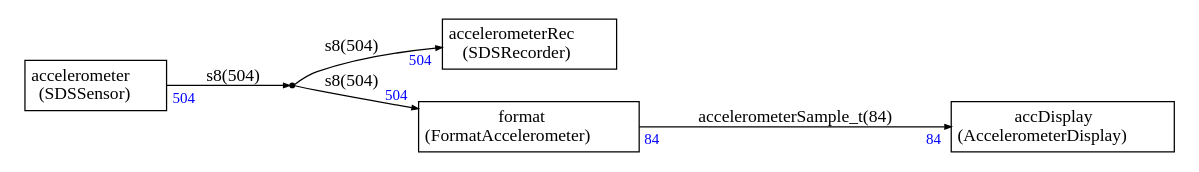
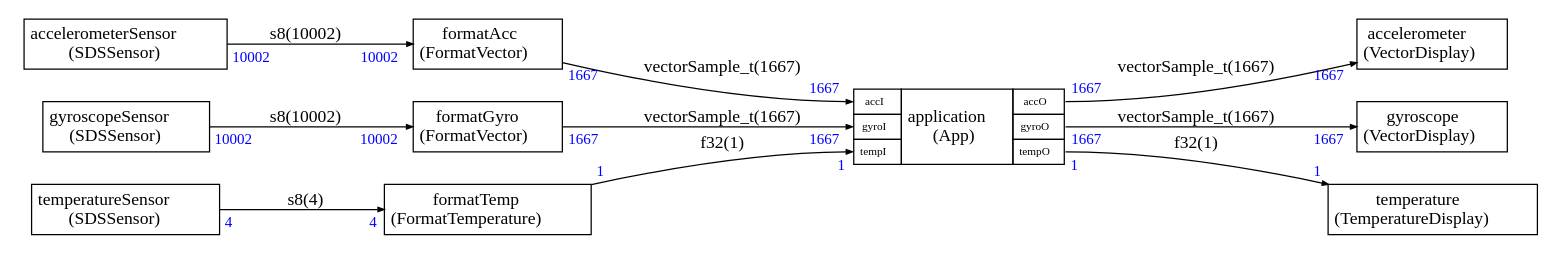
Before and after one commit to christophe0606/SDS-Framework: the diagram in demo/Stream/demo.dot, drawn with Graphviz. The commit also changed 10 other files, not shown here.

```diff
--- a/demo/Stream/demo.dot
+++ b/demo/Stream/demo.dot
@@ -1,69 +1,152 @@
 
 
 
 
 digraph structs {
     node [shape=plaintext]
     rankdir=LR
     edge [arrowsize=0.5]
     fontname="times"
 
 
-accDisplay [label=<
+accelerometer [label=<
 <TABLE BORDER="0" CELLBORDER="1" CELLSPACING="0" CELLPADDING="4">
   <TR>
-    <TD ALIGN="CENTER" PORT="i">accDisplay<BR/>(AccelerometerDisplay)</TD>
+    <TD ALIGN="CENTER" PORT="i">accelerometer<BR/>(VectorDisplay)</TD>
   </TR>
 </TABLE>>];
 
-accelerometer [label=<
+accelerometerSensor [label=<
 <TABLE BORDER="0" CELLBORDER="1" CELLSPACING="0" CELLPADDING="4">
   <TR>
-    <TD ALIGN="CENTER" PORT="i">accelerometer<BR/>(SDSSensor)</TD>
+    <TD ALIGN="CENTER" PORT="i">accelerometerSensor<BR/>(SDSSensor)</TD>
   </TR>
 </TABLE>>];
 
-accelerometerRec [label=<
+
+application [label=<
 <TABLE BORDER="0" CELLBORDER="1" CELLSPACING="0" CELLPADDING="4">
   <TR>
-    <TD ALIGN="CENTER" PORT="i">accelerometerRec<BR/>(SDSRecorder)</TD>
+    <TD PORT="accI"><FONT POINT-SIZE="9.0">accI</FONT></TD>
+    <TD ALIGN="CENTER" ROWSPAN="3">application<BR/>(App)</TD>
+    <TD PORT="accO"><FONT POINT-SIZE="9.0">accO</FONT></TD>
+  </TR>
+<TR>
+<TD PORT="gyroI"><FONT POINT-SIZE="9.0">gyroI</FONT></TD>
+
+<TD PORT="gyroO"><FONT POINT-SIZE="9.0">gyroO</FONT></TD>
+</TR><TR>
+<TD PORT="tempI"><FONT POINT-SIZE="9.0">tempI</FONT></TD>
+
+<TD PORT="tempO"><FONT POINT-SIZE="9.0">tempO</FONT></TD>
+</TR>
+
+</TABLE>>];
+
+formatAcc [label=<
+<TABLE BORDER="0" CELLBORDER="1" CELLSPACING="0" CELLPADDING="4">
+  <TR>
+    <TD ALIGN="CENTER" PORT="i">formatAcc<BR/>(FormatVector)</TD>
   </TR>
 </TABLE>>];
 
-dup0 [shape=point,label=dup0]
-
-format [label=<
+formatGyro [label=<
 <TABLE BORDER="0" CELLBORDER="1" CELLSPACING="0" CELLPADDING="4">
   <TR>
-    <TD ALIGN="CENTER" PORT="i">format<BR/>(FormatAccelerometer)</TD>
+    <TD ALIGN="CENTER" PORT="i">formatGyro<BR/>(FormatVector)</TD>
+  </TR>
+</TABLE>>];
+
+formatTemp [label=<
+<TABLE BORDER="0" CELLBORDER="1" CELLSPACING="0" CELLPADDING="4">
+  <TR>
+    <TD ALIGN="CENTER" PORT="i">formatTemp<BR/>(FormatTemperature)</TD>
+  </TR>
+</TABLE>>];
+
+gyroscope [label=<
+<TABLE BORDER="0" CELLBORDER="1" CELLSPACING="0" CELLPADDING="4">
+  <TR>
+    <TD ALIGN="CENTER" PORT="i">gyroscope<BR/>(VectorDisplay)</TD>
+  </TR>
+</TABLE>>];
+
+gyroscopeSensor [label=<
+<TABLE BORDER="0" CELLBORDER="1" CELLSPACING="0" CELLPADDING="4">
+  <TR>
+    <TD ALIGN="CENTER" PORT="i">gyroscopeSensor<BR/>(SDSSensor)</TD>
+  </TR>
+</TABLE>>];
+
+temperature [label=<
+<TABLE BORDER="0" CELLBORDER="1" CELLSPACING="0" CELLPADDING="4">
+  <TR>
+    <TD ALIGN="CENTER" PORT="i">temperature<BR/>(TemperatureDisplay)</TD>
+  </TR>
+</TABLE>>];
+
+temperatureSensor [label=<
+<TABLE BORDER="0" CELLBORDER="1" CELLSPACING="0" CELLPADDING="4">
+  <TR>
+    <TD ALIGN="CENTER" PORT="i">temperatureSensor<BR/>(SDSSensor)</TD>
   </TR>
 </TABLE>>];
 
 
 
-format:i -> accDisplay:i [label="accelerometerSample_t(84)"
-,headlabel=<<TABLE BORDER="0" CELLPADDING="2"><TR><TD><FONT COLOR="blue" POINT-SIZE="12.0" >84</FONT>
+accelerometerSensor:i -> formatAcc:i [label="s8(10002)"
+,headlabel=<<TABLE BORDER="0" CELLPADDING="2"><TR><TD><FONT COLOR="blue" POINT-SIZE="12.0" >10002</FONT>
 </TD></TR></TABLE>>
-,taillabel=<<TABLE BORDER="0" CELLPADDING="2"><TR><TD><FONT COLOR="blue" POINT-SIZE="12.0" >84</FONT>
+,taillabel=<<TABLE BORDER="0" CELLPADDING="2"><TR><TD><FONT COLOR="blue" POINT-SIZE="12.0" >10002</FONT>
 </TD></TR></TABLE>>]
 
-accelerometer:i ->  
-dup0 [label="s8(504)"
-
-,taillabel=<<TABLE BORDER="0" CELLPADDING="2"><TR><TD><FONT COLOR="blue" POINT-SIZE="12.0" >504</FONT>
+gyroscopeSensor:i -> formatGyro:i [label="s8(10002)"
+,headlabel=<<TABLE BORDER="0" CELLPADDING="2"><TR><TD><FONT COLOR="blue" POINT-SIZE="12.0" >10002</FONT>
+</TD></TR></TABLE>>
+,taillabel=<<TABLE BORDER="0" CELLPADDING="2"><TR><TD><FONT COLOR="blue" POINT-SIZE="12.0" >10002</FONT>
 </TD></TR></TABLE>>]
 
- 
-dup0 -> format:i [label="s8(504)"
-,headlabel=<<TABLE BORDER="0" CELLPADDING="2"><TR><TD><FONT COLOR="blue" POINT-SIZE="12.0" >504</FONT>
+temperatureSensor:i -> formatTemp:i [label="s8(4)"
+,headlabel=<<TABLE BORDER="0" CELLPADDING="2"><TR><TD><FONT COLOR="blue" POINT-SIZE="12.0" >4</FONT>
 </TD></TR></TABLE>>
-]
+,taillabel=<<TABLE BORDER="0" CELLPADDING="2"><TR><TD><FONT COLOR="blue" POINT-SIZE="12.0" >4</FONT>
+</TD></TR></TABLE>>]
 
- 
-dup0 -> accelerometerRec:i [label="s8(504)"
-,headlabel=<<TABLE BORDER="0" CELLPADDING="2"><TR><TD><FONT COLOR="blue" POINT-SIZE="12.0" >504</FONT>
+formatAcc:i -> application:accI [label="vectorSample_t(1667)"
+,headlabel=<<TABLE BORDER="0" CELLPADDING="2"><TR><TD><FONT COLOR="blue" POINT-SIZE="12.0" >1667</FONT>
 </TD></TR></TABLE>>
-]
+,taillabel=<<TABLE BORDER="0" CELLPADDING="2"><TR><TD><FONT COLOR="blue" POINT-SIZE="12.0" >1667</FONT>
+</TD></TR></TABLE>>]
+
+formatGyro:i -> application:gyroI [label="vectorSample_t(1667)"
+,headlabel=<<TABLE BORDER="0" CELLPADDING="2"><TR><TD><FONT COLOR="blue" POINT-SIZE="12.0" >1667</FONT>
+</TD></TR></TABLE>>
+,taillabel=<<TABLE BORDER="0" CELLPADDING="2"><TR><TD><FONT COLOR="blue" POINT-SIZE="12.0" >1667</FONT>
+</TD></TR></TABLE>>]
+
+formatTemp:i -> application:tempI [label="f32(1)"
+,headlabel=<<TABLE BORDER="0" CELLPADDING="2"><TR><TD><FONT COLOR="blue" POINT-SIZE="12.0" >1</FONT>
+</TD></TR></TABLE>>
+,taillabel=<<TABLE BORDER="0" CELLPADDING="2"><TR><TD><FONT COLOR="blue" POINT-SIZE="12.0" >1</FONT>
+</TD></TR></TABLE>>]
+
+application:accO -> accelerometer:i [label="vectorSample_t(1667)"
+,headlabel=<<TABLE BORDER="0" CELLPADDING="2"><TR><TD><FONT COLOR="blue" POINT-SIZE="12.0" >1667</FONT>
+</TD></TR></TABLE>>
+,taillabel=<<TABLE BORDER="0" CELLPADDING="2"><TR><TD><FONT COLOR="blue" POINT-SIZE="12.0" >1667</FONT>
+</TD></TR></TABLE>>]
+
+application:gyroO -> gyroscope:i [label="vectorSample_t(1667)"
+,headlabel=<<TABLE BORDER="0" CELLPADDING="2"><TR><TD><FONT COLOR="blue" POINT-SIZE="12.0" >1667</FONT>
+</TD></TR></TABLE>>
+,taillabel=<<TABLE BORDER="0" CELLPADDING="2"><TR><TD><FONT COLOR="blue" POINT-SIZE="12.0" >1667</FONT>
+</TD></TR></TABLE>>]
+
+application:tempO -> temperature:i [label="f32(1)"
+,headlabel=<<TABLE BORDER="0" CELLPADDING="2"><TR><TD><FONT COLOR="blue" POINT-SIZE="12.0" >1</FONT>
+</TD></TR></TABLE>>
+,taillabel=<<TABLE BORDER="0" CELLPADDING="2"><TR><TD><FONT COLOR="blue" POINT-SIZE="12.0" >1</FONT>
+</TD></TR></TABLE>>]
 
 
 }
```
